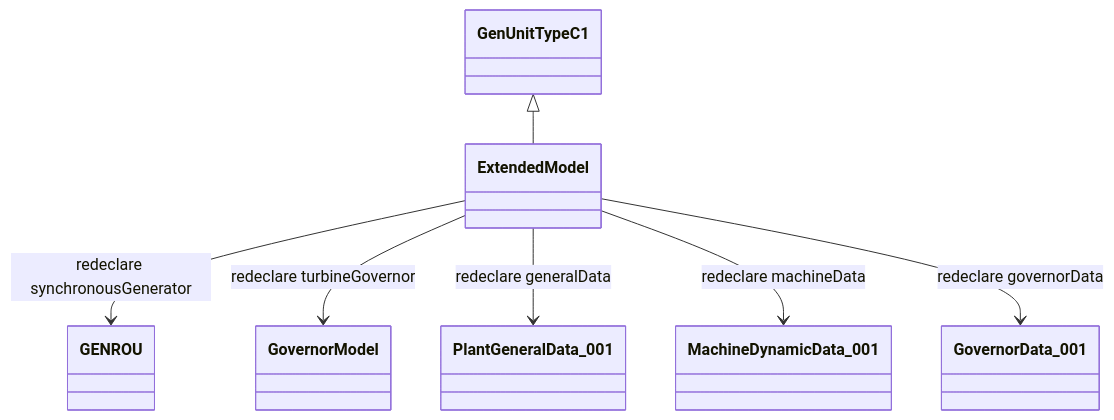
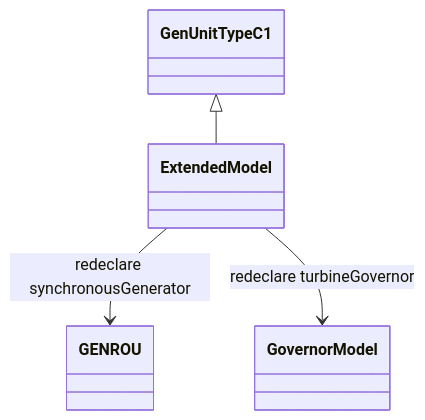
One commit to Opal-RT-Technologies/ephasorsim-modelica-library changed the second of 4 diagrams in modelica/OpalRT/docs/TypeC.md. Above: the diagram before and after it, drawn with Mermaid. The commit also changed other lines of this file and 56 other files, not shown here.

````diff
--- a/modelica/OpalRT/docs/TypeC.md
+++ b/modelica/OpalRT/docs/TypeC.md
@@ -97,16 +85,10 @@
 ```mermaid
 classDiagram
     class GenUnitTypeC1
     class GENROU
     class GovernorModel
-    class PlantGeneralData_001
-    class MachineDynamicData_001
-    class GovernorData_001
 
     GenUnitTypeC1 <|-- ExtendedModel
     ExtendedModel --> GENROU : redeclare synchronousGenerator
     ExtendedModel --> GovernorModel : redeclare turbineGovernor
-    ExtendedModel --> PlantGeneralData_001 : redeclare generalData
-    ExtendedModel --> MachineDynamicData_001 : redeclare machineData
-    ExtendedModel --> GovernorData_001 : redeclare governorData
 ```
````
